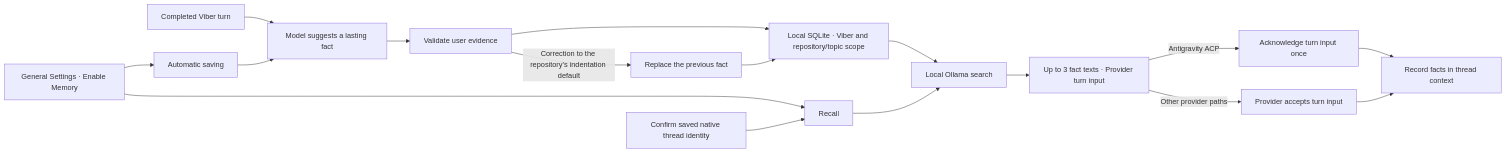
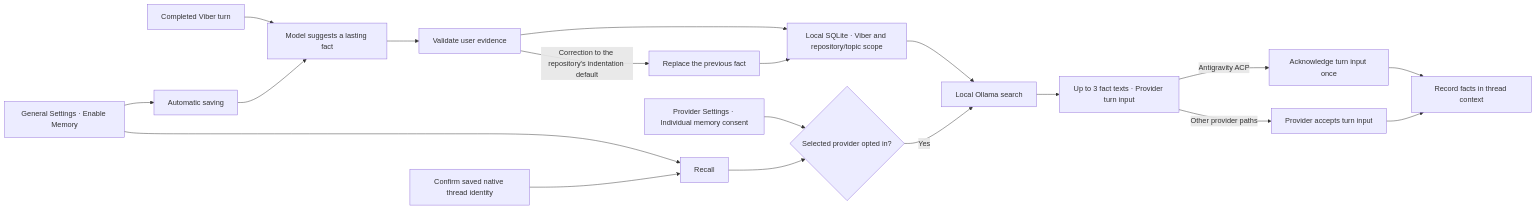
Before and after one commit to akshajrawat/akkco-vibestar: the second of 5 diagrams in FEATUREMAP.md, drawn with Mermaid. The commit also changed other lines of this file and 45 other files, not shown here.

````diff
--- a/FEATUREMAP.md
+++ b/FEATUREMAP.md
@@ -111,14 +111,16 @@
 ```mermaid
 flowchart LR
     Viber["Completed Viber turn"] --> Suggest["Model suggests a lasting fact"]
     Settings["General Settings · Enable Memory"] --> Learn["Automatic saving"]
     Settings --> Recall["Recall"]
     Learn --> Suggest --> Evidence["Validate user evidence"]
     Evidence --> Storage["Local SQLite · Viber and repository/topic scope"]
     Evidence -- "Correction to the repository's indentation default" --> Replace["Replace the previous fact"] --> Storage
     Storage --> Ollama["Local Ollama search"]
     Confirm["Confirm saved native thread identity"] --> Recall
-    Recall --> Ollama --> Share["Up to 3 fact texts · Provider turn input"]
+    Providers["Provider Settings · Individual memory consent"] --> Consent{"Selected provider opted in?"}
+    Recall --> Consent
+    Consent -->|Yes| Ollama --> Share["Up to 3 fact texts · Provider turn input"]
     Share -- "Antigravity ACP" --> AcceptACP["Acknowledge turn input once"] --> Record["Record facts in thread context"]
     Share -- "Other provider paths" --> Accept["Provider accepts turn input"] --> Record
 ```
````
